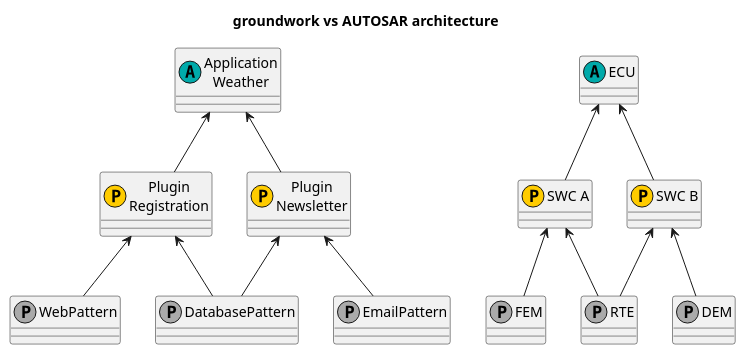
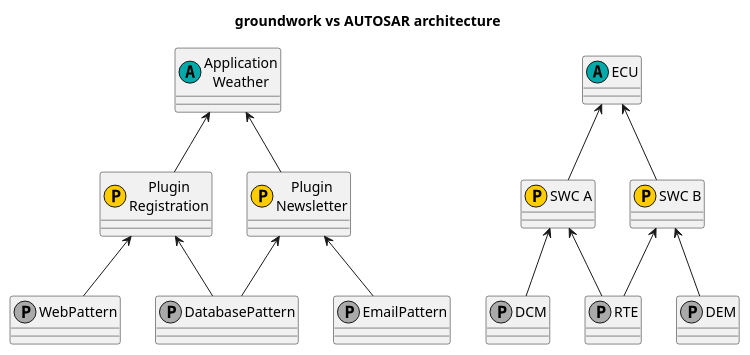
The diagram in docs/source/chapter_1/introduction.rst (useblocks/groundwork-tutorial), drawn with PlantUML before and after one commit.

Commit message:
Fixed FEM typo

```diff
--- a/docs/source/chapter_1/introduction.rst
+++ b/docs/source/chapter_1/introduction.rst
@@ -41,36 +41,36 @@
 .. uml::
 
    @startuml
 
    title "groundwork vs AUTOSAR architecture"
 
    class "Application\nWeather" as app <<(A, #00aaaa)>>
    class "Plugin\nRegistration" as pa <<(P, #ffcc00)>>
    class "Plugin\nNewsletter" as pb <<(P, #ffcc00)>>
    class "WebPattern" as pta <<(P, #aaaaaa)>>
    class "DatabasePattern" as ptb <<(P, #aaaaaa)>>
    class "EmailPattern" as ptc <<(P, #aaaaaa)>>
 
    app <-- pa
    app <-- pb
 
    pa <-- pta
    pa <-- ptb
    pb <-- ptb
    pb <-- ptc
 
    class "ECU" as ecu <<(A, #00aaaa)>>
    class "SWC A" as sa <<(P, #ffcc00)>>
    class "SWC B" as sb <<(P, #ffcc00)>>
-   class "FEM" as fem <<(P, #aaaaaa)>>
+   class "DCM" as dcm <<(P, #aaaaaa)>>
    class "RTE" as rte <<(P, #aaaaaa)>>
    class "DEM" as dem <<(P, #aaaaaa)>>
 
    ecu <-- sa
    ecu <-- sb
 
-   sa <-- fem
+   sa <-- dcm
    sa <-- rte
    sb <-- rte
    sb <-- dem
    @enduml
```
